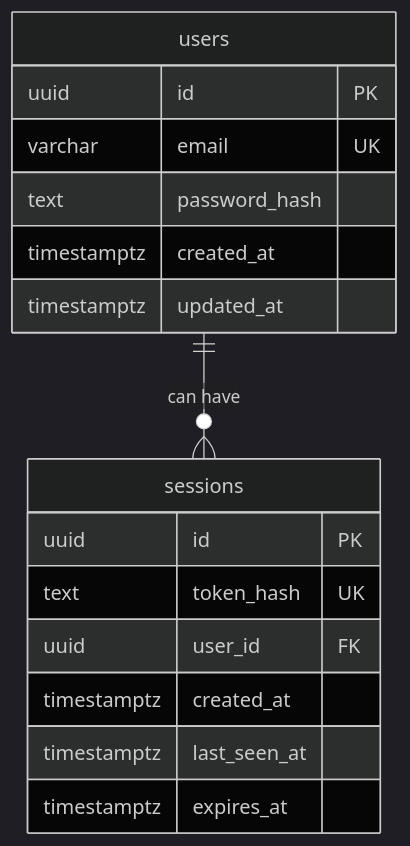
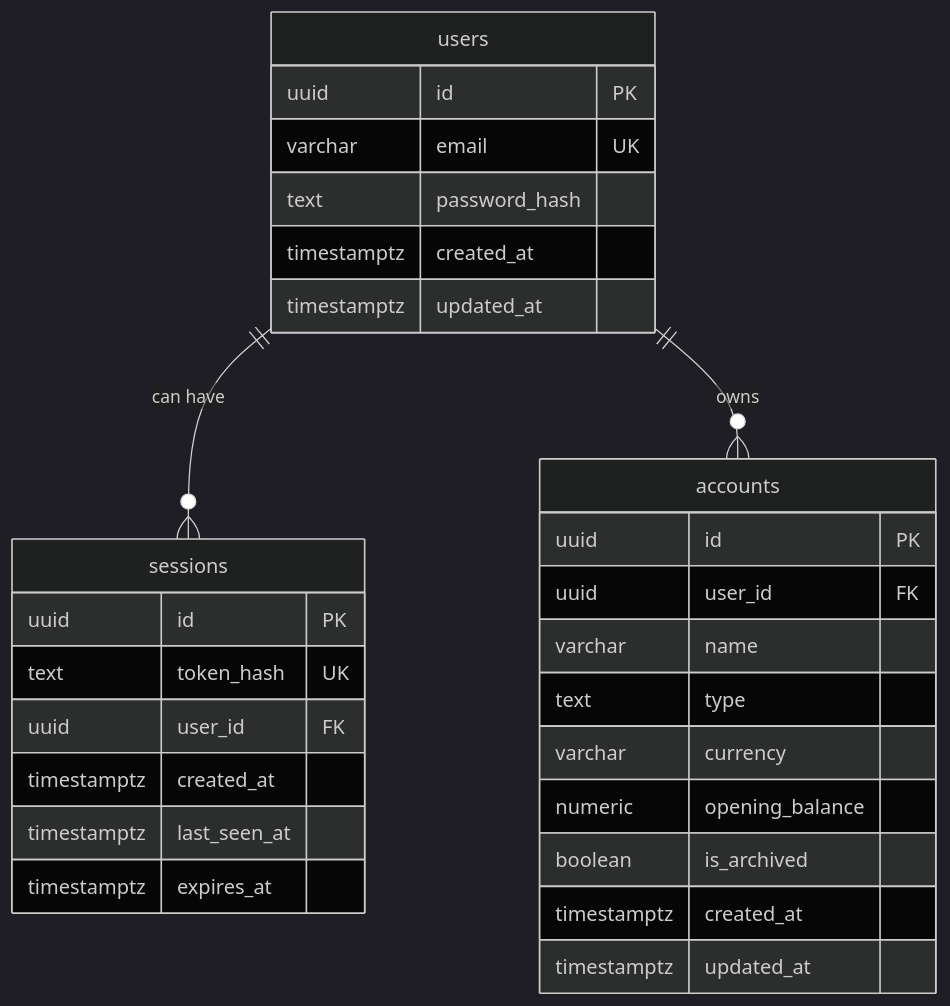
The second of 4 diagrams in docs/setup.md (jaminwebdev/hono-drizzle-api), drawn with Mermaid (dark theme) before and after one commit. The commit also changed other lines of this file and 4 other files, not shown here.

Commit message:
define user-owned accounts

````diff
--- a/docs/setup.md
+++ b/docs/setup.md
@@ -100,19 +100,31 @@
 ```mermaid
 erDiagram
     users ||--o{ sessions : "can have"
+    users ||--o{ accounts : "owns"
     users {
         uuid id PK
         varchar email UK
         text password_hash
         timestamptz created_at
         timestamptz updated_at
     }
     sessions {
         uuid id PK
         text token_hash UK
         uuid user_id FK
         timestamptz created_at
         timestamptz last_seen_at
         timestamptz expires_at
     }
+    accounts {
+        uuid id PK
+        uuid user_id FK
+        varchar name
+        text type
+        varchar currency
+        numeric opening_balance
+        boolean is_archived
+        timestamptz created_at
+        timestamptz updated_at
+    }
 ```
````
